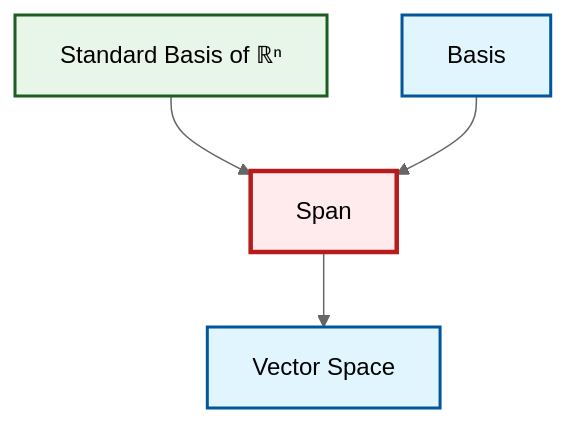
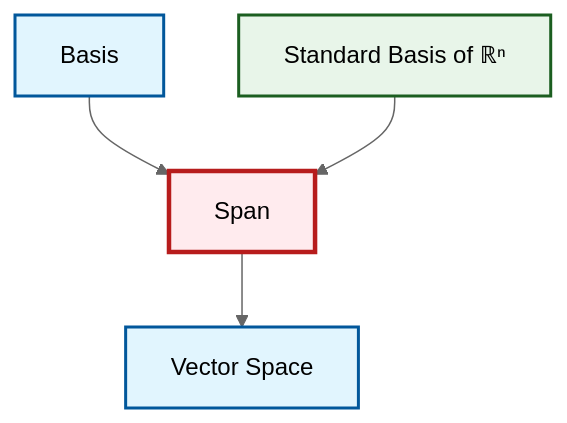
The diagram in output/mermaid/en/def-span.mermaid (RK0429/ModernMath), drawn with Mermaid (neutral theme) before and after one commit. The commit also changed other lines of this file and 1706 other files, not shown here.

```diff
--- a/output/mermaid/en/def-span.mermaid
+++ b/output/mermaid/en/def-span.mermaid
@@ -1,14 +1,14 @@
 graph TD
     classDef definition fill:#e1f5fe,stroke:#01579b,stroke-width:2px
     classDef theorem fill:#f3e5f5,stroke:#4a148c,stroke-width:2px
     classDef axiom fill:#fff3e0,stroke:#e65100,stroke-width:2px
     classDef example fill:#e8f5e9,stroke:#1b5e20,stroke-width:2px
     classDef current fill:#ffebee,stroke:#b71c1c,stroke-width:3px
+    def-vector-space["Vector Space"]:::definition
+    ex-standard-basis-rn["Standard Basis of ℝⁿ"]:::example
     def-span["Span"]:::definition
     def-basis["Basis"]:::definition
-    def-vector-space["Vector Space"]:::definition
-    ex-standard-basis-rn["Standard Basis of ℝⁿ"]:::example
     def-span --> def-vector-space
+    def-basis --> def-span
     ex-standard-basis-rn --> def-span
-    def-basis --> def-span
     class def-span current
```
